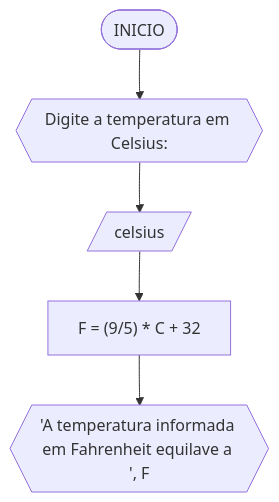
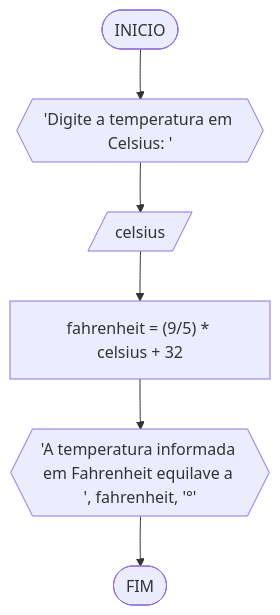
One commit to majuss8/ads-unifor changed the second of 4 diagrams in RaciocinioLogicoAlgoritmico/exercicios2.md. Above: the diagram before and after it, drawn with Mermaid. The commit also changed other lines of this file, not shown here.

````diff
--- a/RaciocinioLogicoAlgoritmico/exercicios2.md
+++ b/RaciocinioLogicoAlgoritmico/exercicios2.md
@@ -48,7 +47,8 @@
 ```mermaid
 flowchart TD
-A([INICIO]) --> B{{Digite a temperatura em Celsius: }}
+A([INICIO]) --> B{{"'Digite a temperatura em Celsius: '"}}
 B --> C[/celsius/]
-C --> D["F = (9/5) * C + 32"]
-D --> E{{'A temperatura informada em Fahrenheit equilave a ', F}}
+C --> D["fahrenheit = (9/5) * celsius + 32"]
+D --> E{{"'A temperatura informada em Fahrenheit equilave a ', fahrenheit, '°'"}}
+E --> F([FIM])
 ```
````
